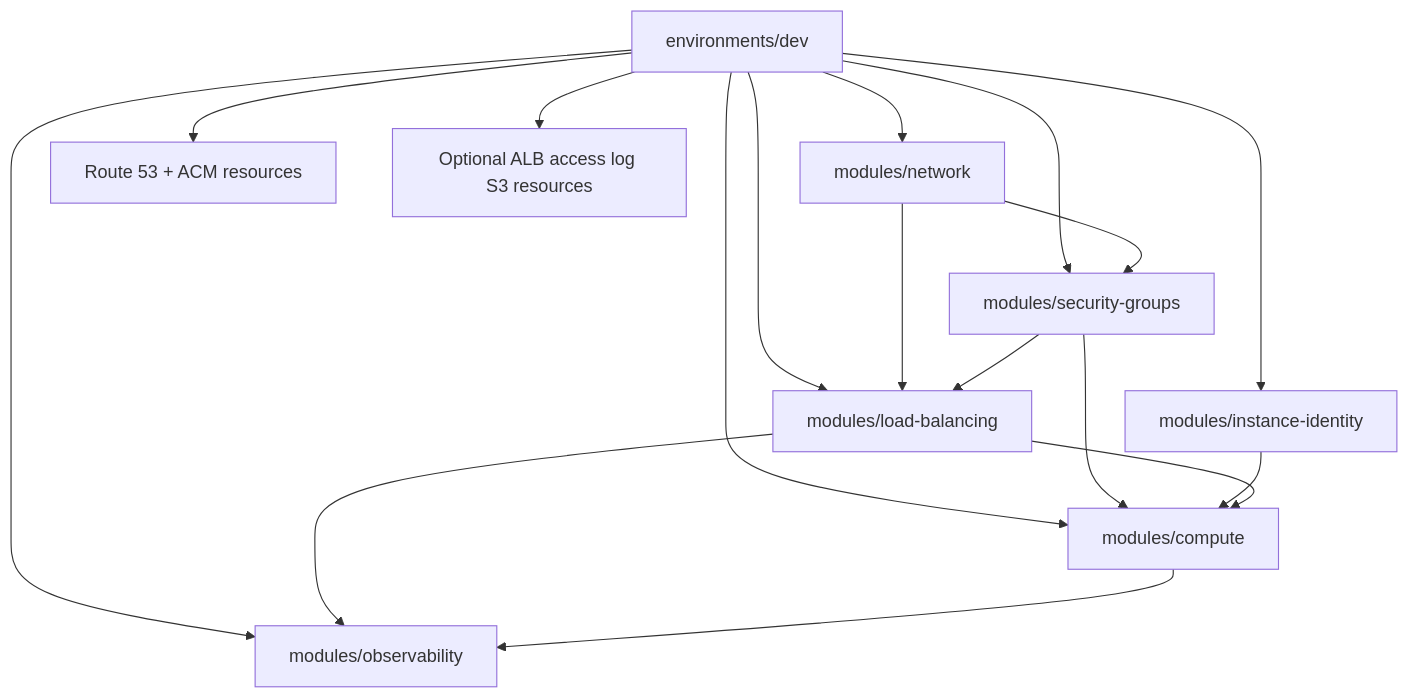
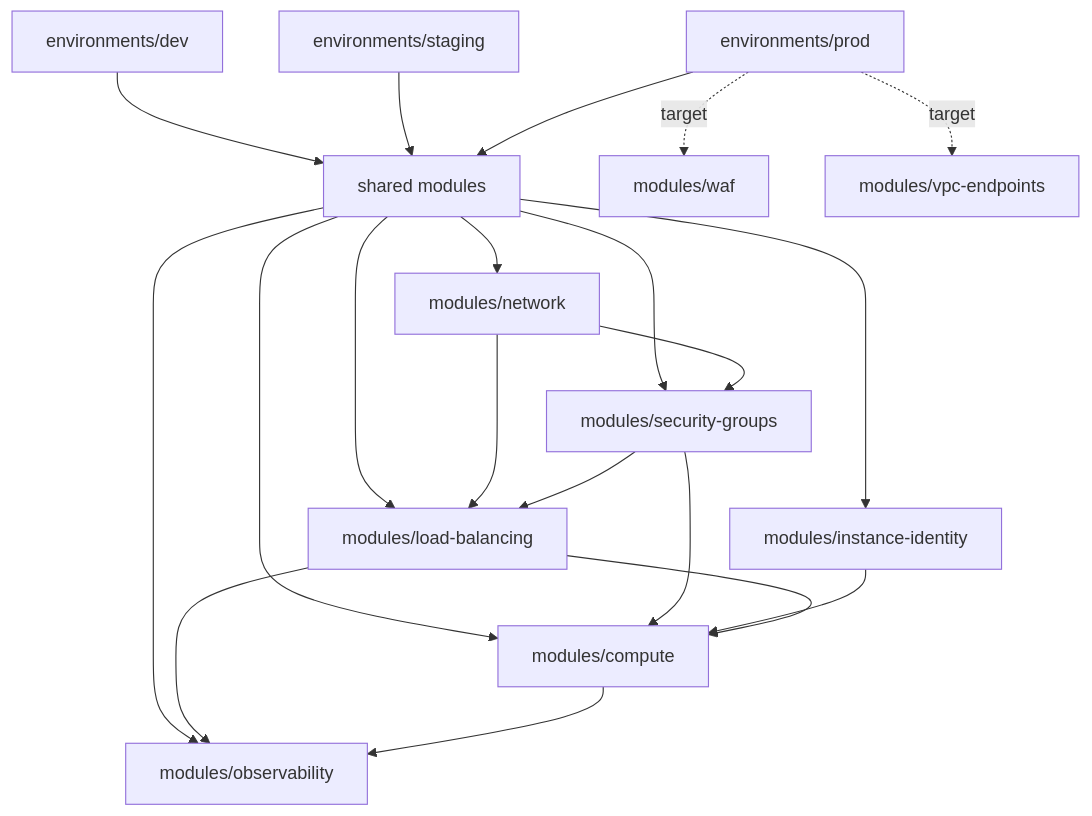
The third of 3 diagrams in README.md (sjlevalley/terraform-aws-secure-two-tier-vpc), drawn with Mermaid before and after one commit. The commit also changed other lines of this file and 3 other files, not shown here.

Commit message:
Add detailed environment READMEs for dev, staging, and production setups with architecture diagrams and operational expectations

````diff
--- a/README.md
+++ b/README.md
@@ -109,20 +159,25 @@
 ```mermaid
 flowchart TD
-  dev[environments/dev] --> network[modules/network]
-  dev --> security[modules/security-groups]
-  dev --> lb[modules/load-balancing]
-  dev --> identity[modules/instance-identity]
-  dev --> observability[modules/observability]
-  dev --> compute[modules/compute]
-  dev --> dns[Route 53 + ACM resources]
-  dev --> albLogs[Optional ALB access log S3 resources]
+  dev[environments/dev] --> modules[shared modules]
+  staging[environments/staging] --> modules
+  prod[environments/prod] --> modules
+
+  modules --> network[modules/network]
+  modules --> security[modules/security-groups]
+  modules --> lb[modules/load-balancing]
+  modules --> identity[modules/instance-identity]
+  modules --> observability[modules/observability]
+  modules --> compute[modules/compute]
+
+  prod -. target .-> waf[modules/waf]
+  prod -. target .-> endpoints[modules/vpc-endpoints]
 
   network --> security
   network --> lb
   security --> lb
   security --> compute
   identity --> compute
   lb --> compute
   lb --> observability
   compute --> observability
 ```
````
